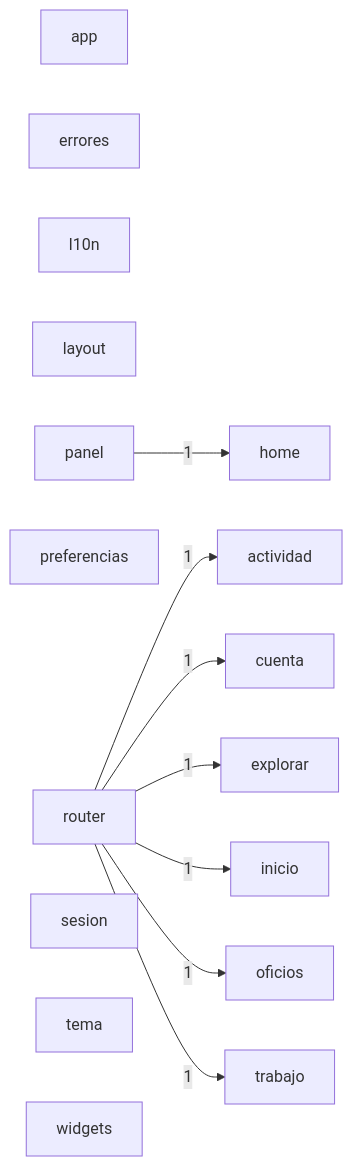
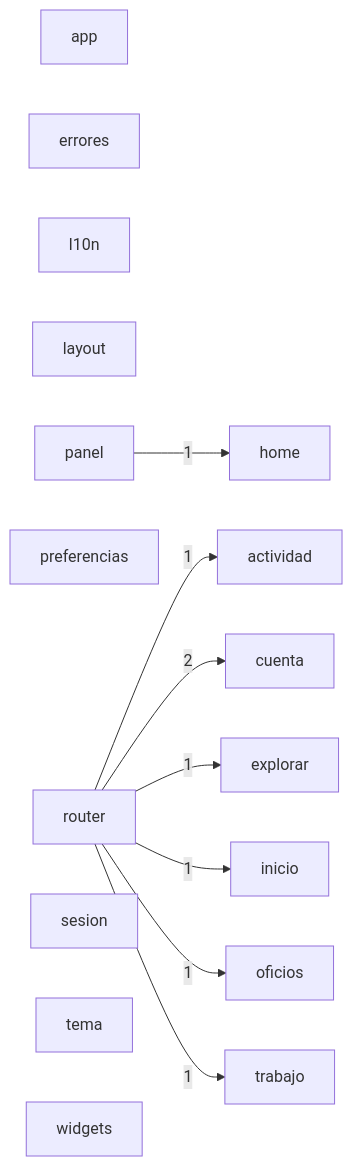
The diagram in docs/architecture/modules.mmd (JulianH2/knock-frontend), drawn with Mermaid before and after one commit. The commit also changed 10 other files, not shown here.

```diff
--- a/docs/architecture/modules.mmd
+++ b/docs/architecture/modules.mmd
@@ -1,25 +1,25 @@
 graph LR
   actividad["actividad"]
   app["app"]
   cuenta["cuenta"]
   errores["errores"]
   explorar["explorar"]
   home["home"]
   inicio["inicio"]
   l10n["l10n"]
   layout["layout"]
   oficios["oficios"]
   panel["panel"]
   preferencias["preferencias"]
   router["router"]
   sesion["sesion"]
   tema["tema"]
   trabajo["trabajo"]
   widgets["widgets"]
   panel -->|1| home
   router -->|1| actividad
-  router -->|1| cuenta
+  router -->|2| cuenta
   router -->|1| explorar
   router -->|1| inicio
   router -->|1| oficios
   router -->|1| trabajo
```
